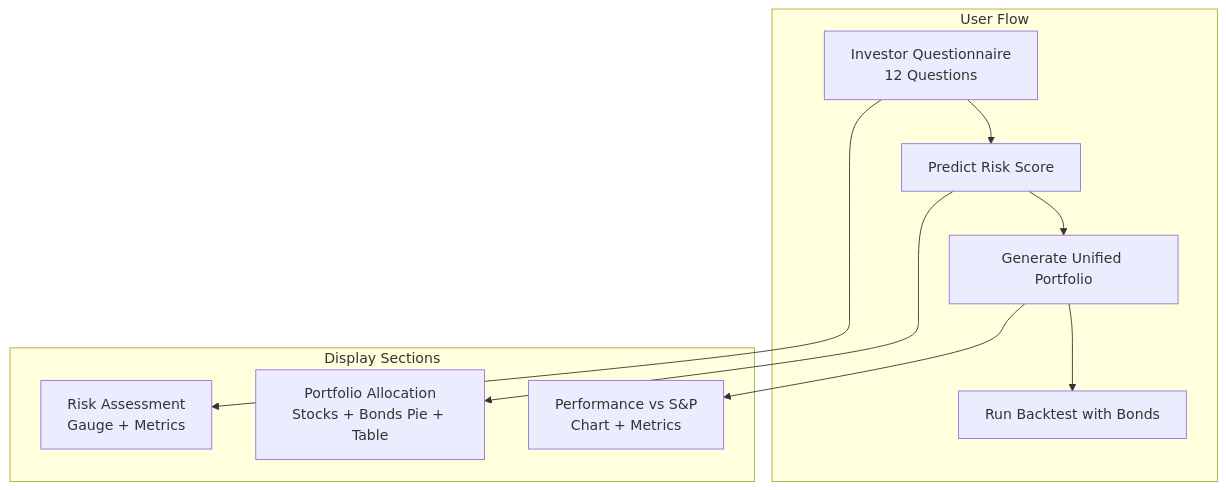
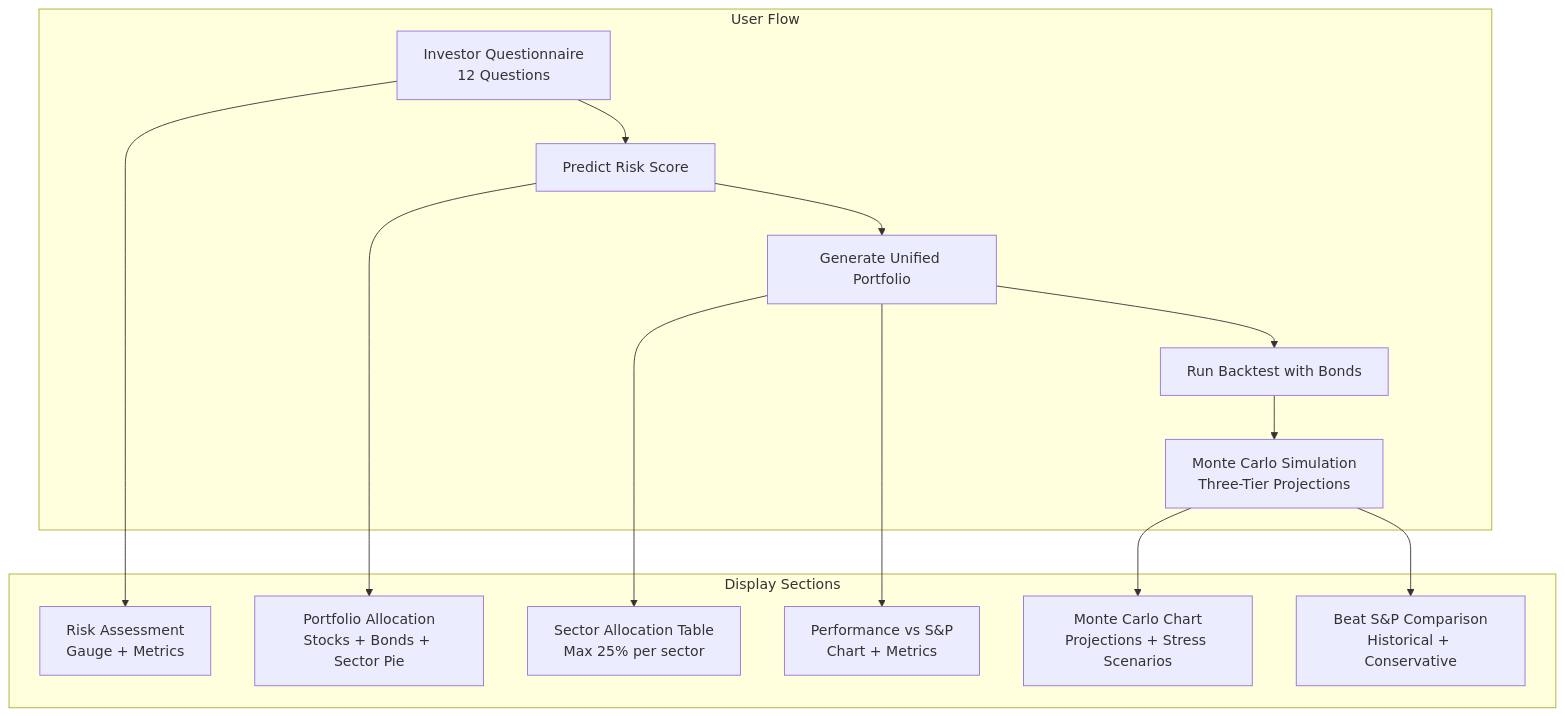
Before and after one commit to HansalBhangale/data: diagram 13 of 13 in README.md, drawn with Mermaid. The commit also changed other lines of this file and 5 other files, not shown here.

````diff
--- a/README.md
+++ b/README.md
@@ -468,22 +706,30 @@
 ```mermaid
 flowchart TB
     subgraph "User Flow"
         Q[Investor Questionnaire<br/>12 Questions]
         Risk[Predict Risk Score]
         Port[Generate Unified Portfolio]
         Backtest[Run Backtest with Bonds]
+        MC[Monte Carlo Simulation<br/>Three-Tier Projections]
     end
 
     subgraph "Display Sections"
         RiskDisp[Risk Assessment<br/>Gauge + Metrics]
-        PortDisp[Portfolio Allocation<br/>Stocks + Bonds Pie + Table]
+        PortDisp[Portfolio Allocation<br/>Stocks + Bonds + Sector Pie]
+        SectorTable[Sector Allocation Table<br/>Max 25% per sector]
         PerfDisp[Performance vs S&P<br/>Chart + Metrics]
+        MCChart[Monte Carlo Chart<br/>Projections + Stress Scenarios]
+        BeatSPY[Beat S&P Comparison<br/>Historical + Conservative]
     end
 
     Q --> Risk
     Risk --> Port
     Port --> Backtest
+    Backtest --> MC
     Q --> RiskDisp
     Risk --> PortDisp
+    Port --> SectorTable
     Port --> PerfDisp
+    MC --> MCChart
+    MC --> BeatSPY
 ```
````
